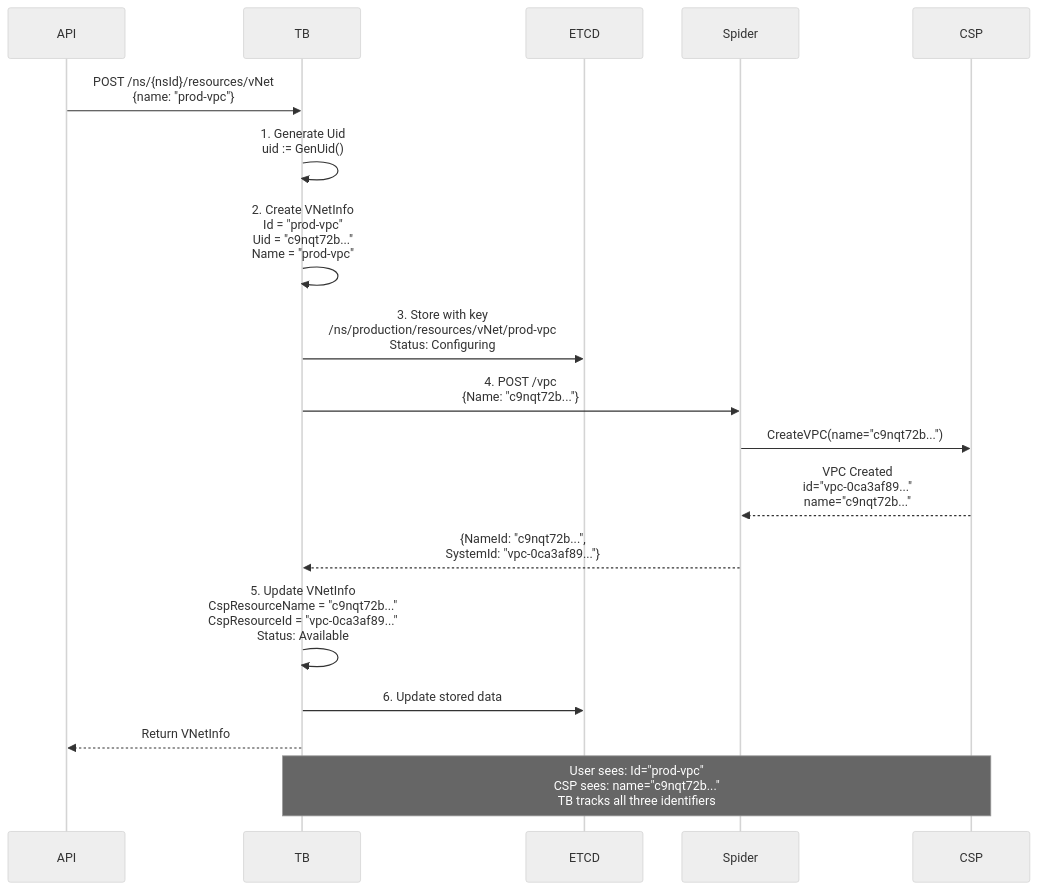
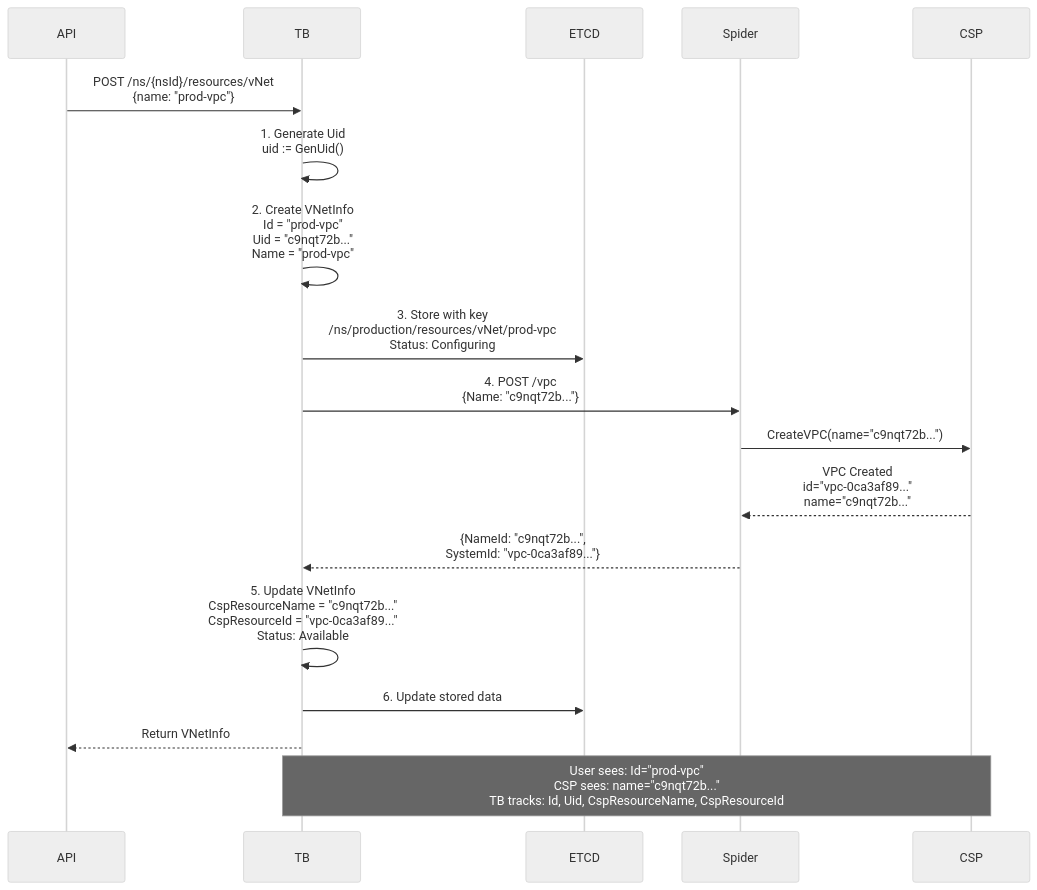
The ninth of 10 diagrams in docs/concept/namespace-and-resource-identity.md (cloud-barista/cb-tumblebug), drawn with Mermaid (neutral theme) before and after one commit. The commit also changed other lines of this file, not shown here.

````diff
--- a/docs/concept/namespace-and-resource-identity.md
+++ b/docs/concept/namespace-and-resource-identity.md
@@ -473,27 +509,27 @@
 ```mermaid
 sequenceDiagram
     participant API
     participant TB
     participant ETCD
     participant Spider
     participant CSP
     
     API->>TB: POST /ns/{nsId}/resources/vNet<br/>{name: "prod-vpc"}
     
     TB->>TB: 1. Generate Uid<br/>uid := GenUid()
     TB->>TB: 2. Create VNetInfo<br/>Id = "prod-vpc"<br/>Uid = "c9nqt72b..."<br/>Name = "prod-vpc"
     
     TB->>ETCD: 3. Store with key<br/>/ns/production/resources/vNet/prod-vpc<br/>Status: Configuring
     
     TB->>Spider: 4. POST /vpc<br/>{Name: "c9nqt72b..."}
     Spider->>CSP: CreateVPC(name="c9nqt72b...")
     CSP-->>Spider: VPC Created<br/>id="vpc-0ca3af89..."<br/>name="c9nqt72b..."
     Spider-->>TB: {NameId: "c9nqt72b...",<br/>SystemId: "vpc-0ca3af89..."}
     
     TB->>TB: 5. Update VNetInfo<br/>CspResourceName = "c9nqt72b..."<br/>CspResourceId = "vpc-0ca3af89..."<br/>Status: Available
     
     TB->>ETCD: 6. Update stored data
     TB-->>API: Return VNetInfo
     
-    Note over TB,CSP: User sees: Id="prod-vpc"<br/>CSP sees: name="c9nqt72b..."<br/>TB tracks all three identifiers
+    Note over TB,CSP: User sees: Id="prod-vpc"<br/>CSP sees: name="c9nqt72b..."<br/>TB tracks: Id, Uid, CspResourceName, CspResourceId
 ```
````
